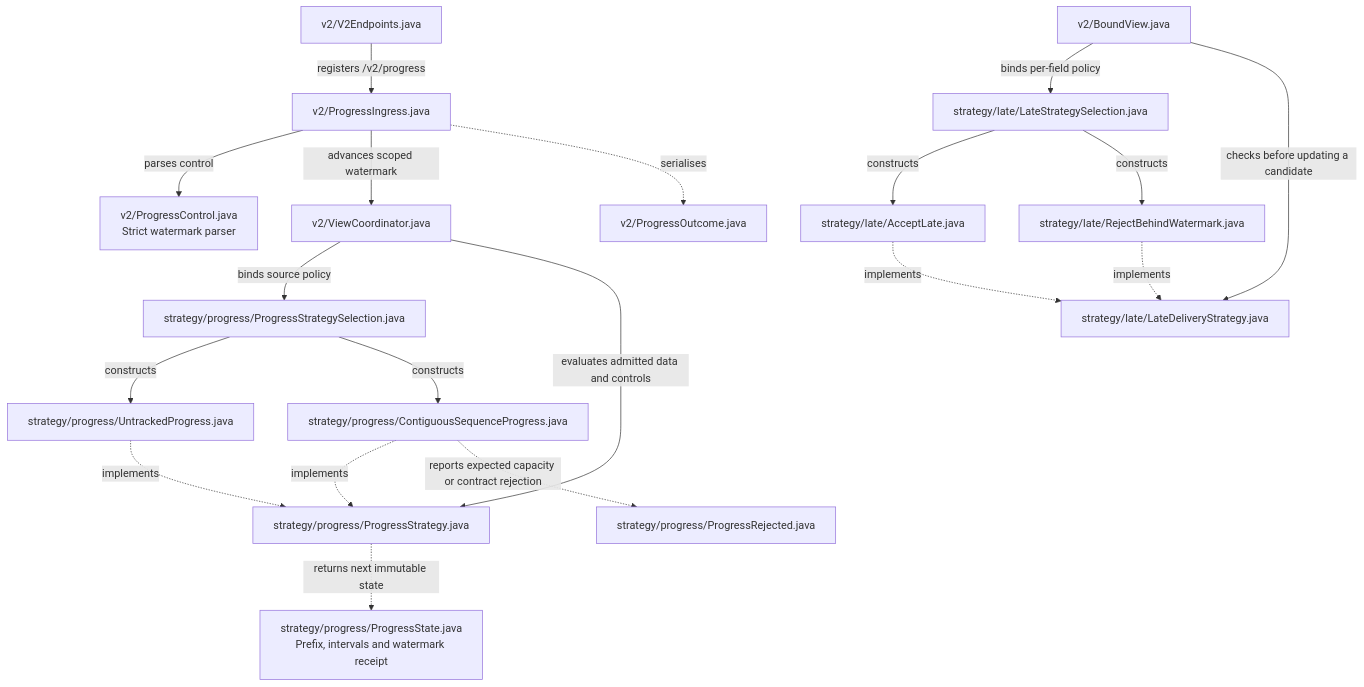
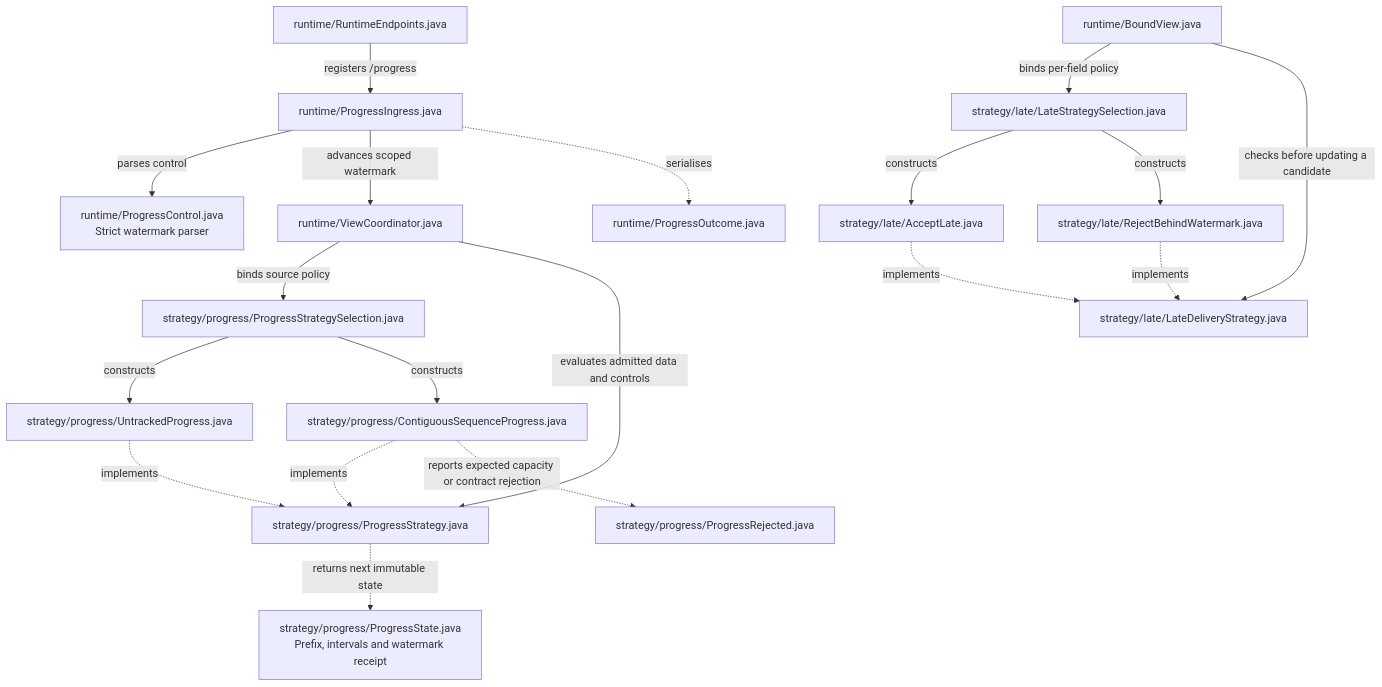
The seventh of 7 diagrams in zooglass/docs/source-map.md (sproates/zooglass), drawn with Mermaid before and after one commit. The commit also changed other lines of this file and 451 other files, not shown here.

````diff
--- a/zooglass/docs/source-map.md
+++ b/zooglass/docs/source-map.md
@@ -327,37 +244,37 @@
 ```mermaid
 flowchart TB
-  endpoints["v2/V2Endpoints.java"]
-  ingress["v2/ProgressIngress.java"]
-  control["v2/ProgressControl.java<br/>Strict watermark parser"]
-  outcome["v2/ProgressOutcome.java"]
-  coordinator["v2/ViewCoordinator.java"]
+  endpoints["runtime/RuntimeEndpoints.java"]
+  ingress["runtime/ProgressIngress.java"]
+  control["runtime/ProgressControl.java<br/>Strict watermark parser"]
+  outcome["runtime/ProgressOutcome.java"]
+  coordinator["runtime/ViewCoordinator.java"]
   selection["strategy/progress/ProgressStrategySelection.java"]
   strategy["strategy/progress/ProgressStrategy.java"]
   untracked["strategy/progress/UntrackedProgress.java"]
   contiguous["strategy/progress/ContiguousSequenceProgress.java"]
   state["strategy/progress/ProgressState.java<br/>Prefix, intervals and watermark receipt"]
   rejected["strategy/progress/ProgressRejected.java"]
-  bound["v2/BoundView.java"]
+  bound["runtime/BoundView.java"]
   lateSelection["strategy/late/LateStrategySelection.java"]
   late["strategy/late/LateDeliveryStrategy.java"]
   accept["strategy/late/AcceptLate.java"]
   reject["strategy/late/RejectBehindWatermark.java"]
-  endpoints -->|registers /v2/progress| ingress
+  endpoints -->|registers /progress| ingress
   ingress -->|parses control| control
   ingress -->|advances scoped watermark| coordinator
   ingress -.->|serialises| outcome
   coordinator -->|binds source policy| selection
   selection -->|constructs| untracked
   selection -->|constructs| contiguous
   untracked -.->|implements| strategy
   contiguous -.->|implements| strategy
   coordinator -->|evaluates admitted data and controls| strategy
   strategy -.->|returns next immutable state| state
   contiguous -.->|reports expected capacity or contract rejection| rejected
   bound -->|binds per-field policy| lateSelection
   lateSelection -->|constructs| accept
   lateSelection -->|constructs| reject
   accept -.->|implements| late
   reject -.->|implements| late
   bound -->|checks before updating a candidate| late
 ```
````
